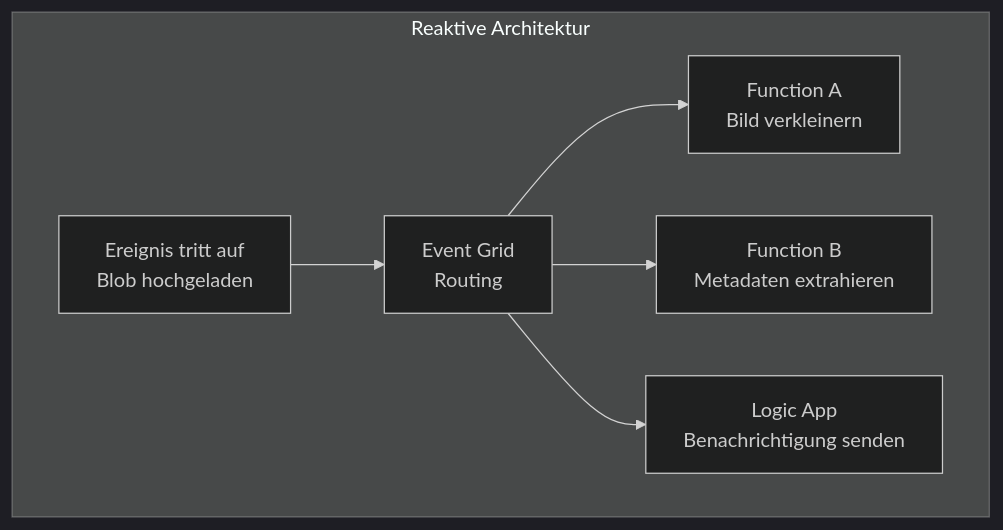
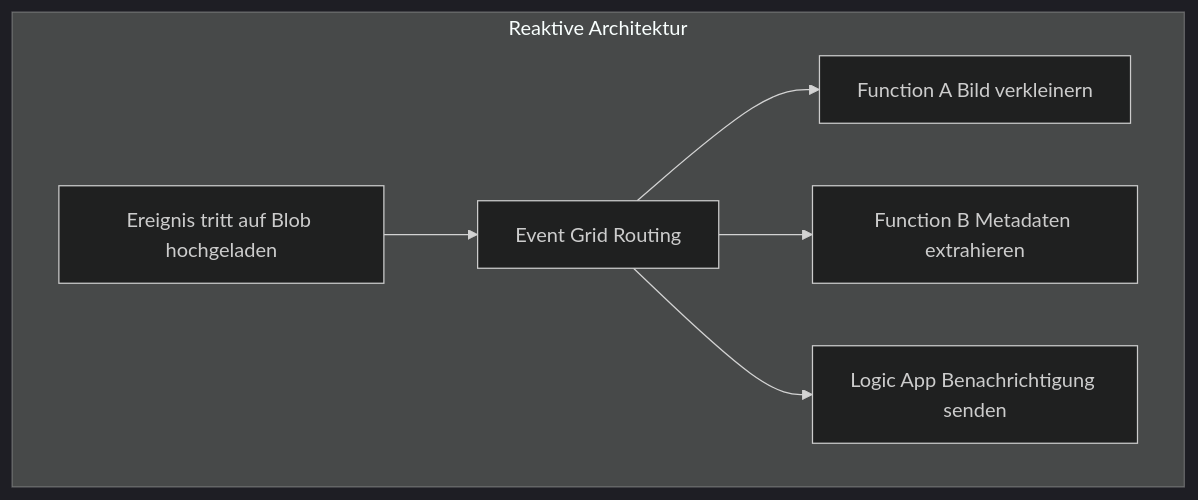
One commit to SoniiiT/notes-n-docs changed the second of 5 diagrams in Microsoft 365/Azure/Integration und Messaging/Azure Event Grid.md. Above: the diagram before and after it, drawn with Mermaid (dark theme). The commit also changed other lines of this file and 124 other files, not shown here.

First line of the commit message:
fix: Entferne \n aus allen Mermaid-Diagrammen (125 Dateien)

````diff
--- a/Microsoft 365/Azure/Integration und Messaging/Azure Event Grid.md
+++ b/Microsoft 365/Azure/Integration und Messaging/Azure Event Grid.md
@@ -39,9 +39,9 @@
 ```mermaid
 flowchart TD
     subgraph Reaktive Architektur
-        E[Ereignis tritt auf\nBlob hochgeladen] --> EG[Event Grid\nRouting]
-        EG --> F1[Function A\nBild verkleinern]
-        EG --> F2[Function B\nMetadaten extrahieren]
-        EG --> F3[Logic App\nBenachrichtigung senden]
+        E[Ereignis tritt auf Blob hochgeladen] --> EG[Event Grid Routing]
+        EG --> F1[Function A Bild verkleinern]
+        EG --> F2[Function B Metadaten extrahieren]
+        EG --> F3[Logic App Benachrichtigung senden]
     end
 ```
````
